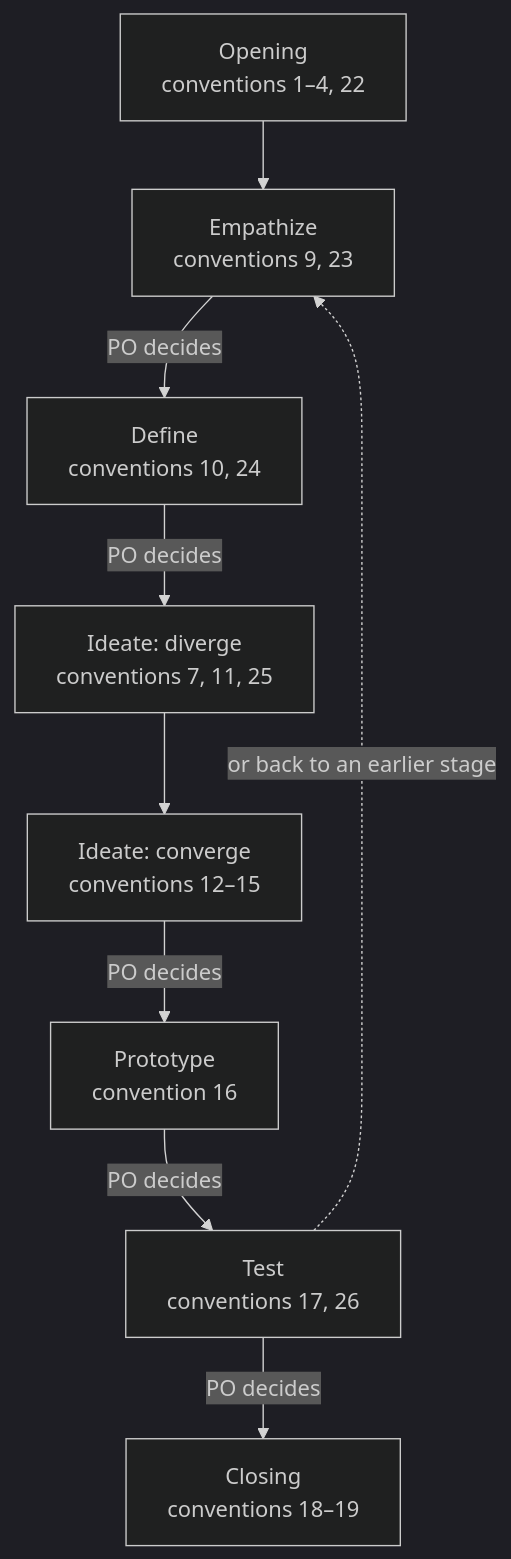
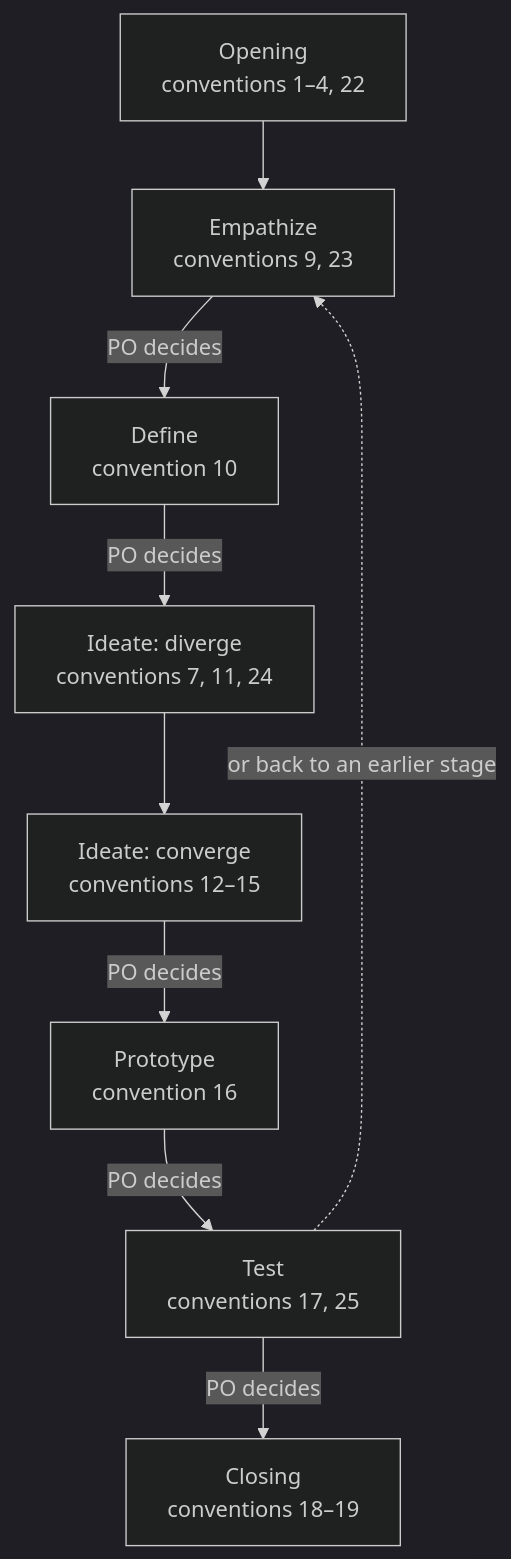
Before and after one commit to seapawn1/IDEO-Scrum: the diagram in plugins/ideo-scrum/skills/design-kernel/conventions/design-log.md, drawn with Mermaid (dark theme). The commit also changed other lines of this file and 5 other files, not shown here.

````diff
--- a/plugins/ideo-scrum/skills/design-kernel/conventions/design-log.md
+++ b/plugins/ideo-scrum/skills/design-kernel/conventions/design-log.md
@@ -7,11 +7,11 @@
 ```mermaid
 flowchart TD
     A["Opening<br/>conventions 1–4, 22"] --> B["Empathize<br/>conventions 9, 23"]
-    B -- "PO decides" --> C["Define<br/>conventions 10, 24"]
-    C -- "PO decides" --> D["Ideate: diverge<br/>conventions 7, 11, 25"]
+    B -- "PO decides" --> C["Define<br/>convention 10"]
+    C -- "PO decides" --> D["Ideate: diverge<br/>conventions 7, 11, 24"]
     D --> E["Ideate: converge<br/>conventions 12–15"]
     E -- "PO decides" --> F["Prototype<br/>convention 16"]
-    F -- "PO decides" --> G["Test<br/>conventions 17, 26"]
+    F -- "PO decides" --> G["Test<br/>conventions 17, 25"]
     G -- "PO decides" --> H["Closing<br/>conventions 18–19"]
     G -. "or back to an earlier stage" .-> B
 ```
````
